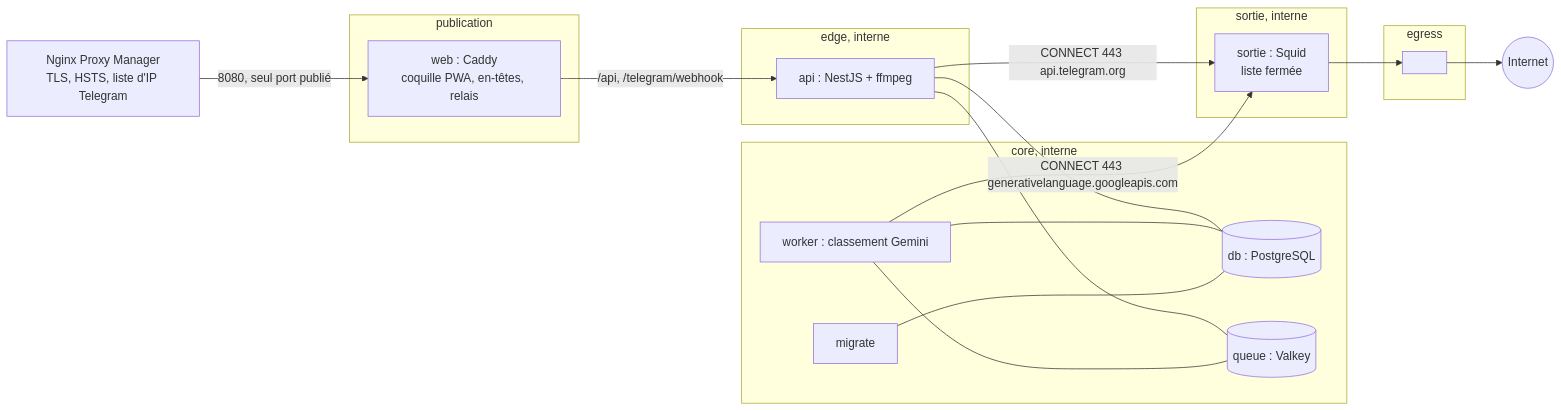
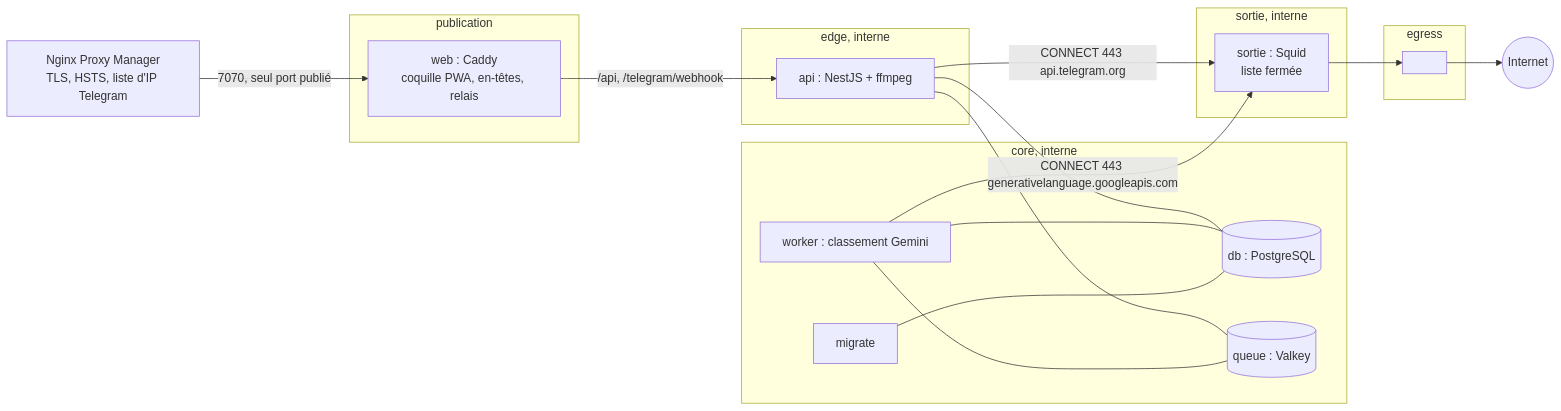
Before and after one commit to djkix/organizer: the first of 2 diagrams in docs/revue/2026-10-05-lot1-c.md, drawn with Mermaid. The commit also changed other lines of this file and 8 other files, not shown here.

````diff
--- a/docs/revue/2026-10-05-lot1-c.md
+++ b/docs/revue/2026-10-05-lot1-c.md
@@ -86,33 +86,33 @@
 ```mermaid
 flowchart LR
     NET((Internet))
     NPM[Nginx Proxy Manager<br/>TLS, HSTS, liste d'IP Telegram]
     subgraph publication
         WEB[web : Caddy<br/>coquille PWA, en-têtes, relais]
     end
     subgraph edge [edge, interne]
         API[api : NestJS + ffmpeg]
     end
     subgraph core [core, interne]
         WRK[worker : classement Gemini]
         DB[(db : PostgreSQL)]
         Q[(queue : Valkey)]
         MIG[migrate]
     end
     subgraph sortie_net [sortie, interne]
         SQ[sortie : Squid<br/>liste fermée]
     end
     subgraph egress
         EG[ ]
     end
-    NPM -->|8080, seul port publié| WEB
+    NPM -->|7070, seul port publié| WEB
     WEB -->|/api, /telegram/webhook| API
     API --- DB
     API --- Q
     WRK --- DB
     WRK --- Q
     MIG --- DB
     API -->|CONNECT 443 api.telegram.org| SQ
     WRK -->|CONNECT 443 generativelanguage.googleapis.com| SQ
     SQ --> EG --> NET
 ```
````
